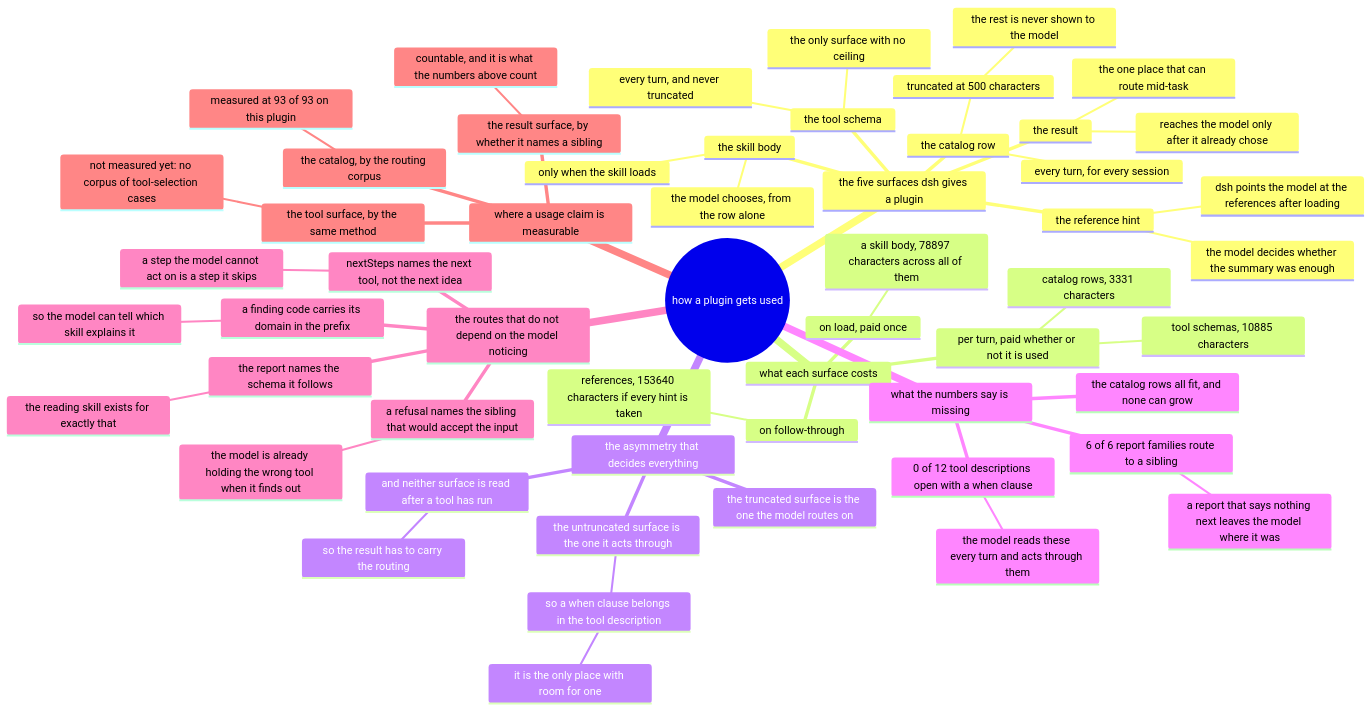
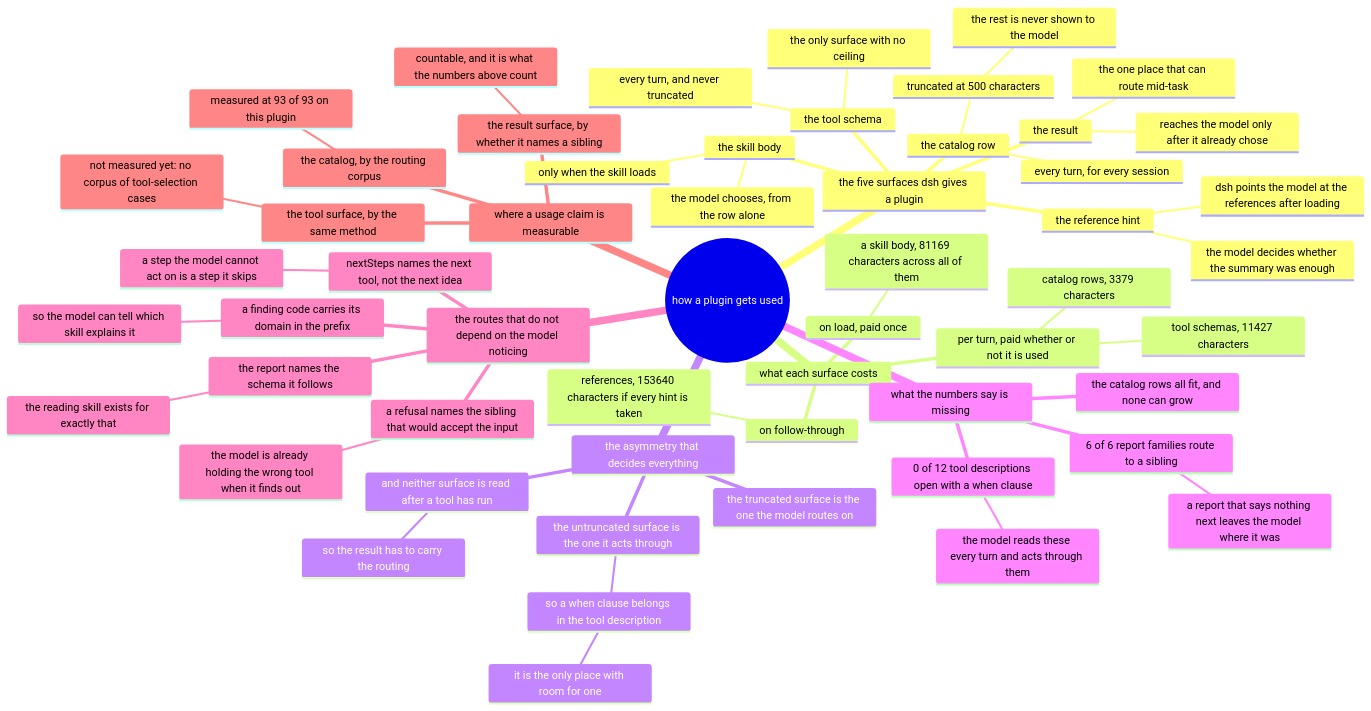
The diagram in docs/usage/mindmap.mmd (AmethystLuna/dsh-model-everything), drawn with Mermaid before and after one commit. The commit also changed 21 other files, not shown here.

```diff
--- a/docs/usage/mindmap.mmd
+++ b/docs/usage/mindmap.mmd
@@ -1,56 +1,56 @@
 mindmap
 root((how a plugin gets used))
   the five surfaces dsh gives a plugin
     the catalog row
       every turn, for every session
       truncated at 500 characters
         the rest is never shown to the model
     the skill body
       only when the skill loads
       the model chooses, from the row alone
     the reference hint
       dsh points the model at the references after loading
       the model decides whether the summary was enough
     the tool schema
       every turn, and never truncated
       the only surface with no ceiling
     the result
       reaches the model only after it already chose
       the one place that can route mid-task
   what each surface costs
     per turn, paid whether or not it is used
-      catalog rows, 3331 characters
-      tool schemas, 10885 characters
+      catalog rows, 3379 characters
+      tool schemas, 11427 characters
     on load, paid once
-      a skill body, 78897 characters across all of them
+      a skill body, 81169 characters across all of them
     on follow-through
       references, 153640 characters if every hint is taken
   the asymmetry that decides everything
     the truncated surface is the one the model routes on
     the untruncated surface is the one it acts through
       so a when clause belongs in the tool description
         it is the only place with room for one
     and neither surface is read after a tool has run
       so the result has to carry the routing
   what the numbers say is missing
     0 of 12 tool descriptions open with a when clause
       the model reads these every turn and acts through them
     6 of 6 report families route to a sibling
       a report that says nothing next leaves the model where it was
     the catalog rows all fit, and none can grow
   the routes that do not depend on the model noticing
     a refusal names the sibling that would accept the input
       the model is already holding the wrong tool when it finds out
     nextSteps names the next tool, not the next idea
       a step the model cannot act on is a step it skips
     a finding code carries its domain in the prefix
       so the model can tell which skill explains it
     the report names the schema it follows
       the reading skill exists for exactly that
   where a usage claim is measurable
     the catalog, by the routing corpus
       measured at 93 of 93 on this plugin
     the tool surface, by the same method
       not measured yet: no corpus of tool-selection cases
     the result surface, by whether it names a sibling
       countable, and it is what the numbers above count
```
